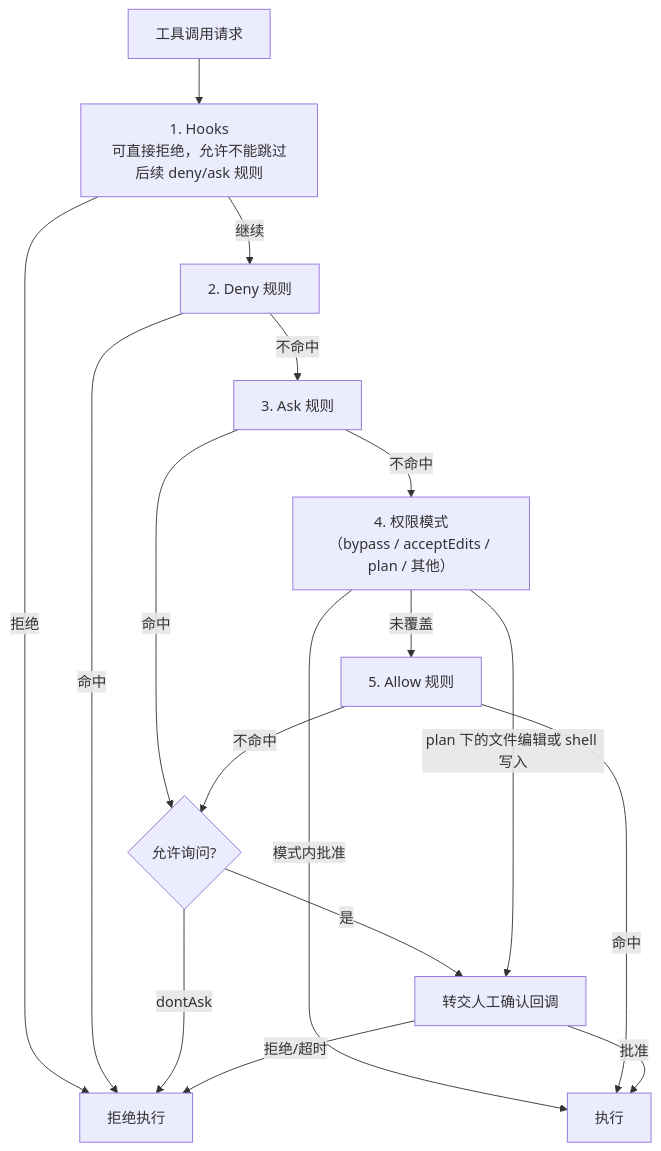
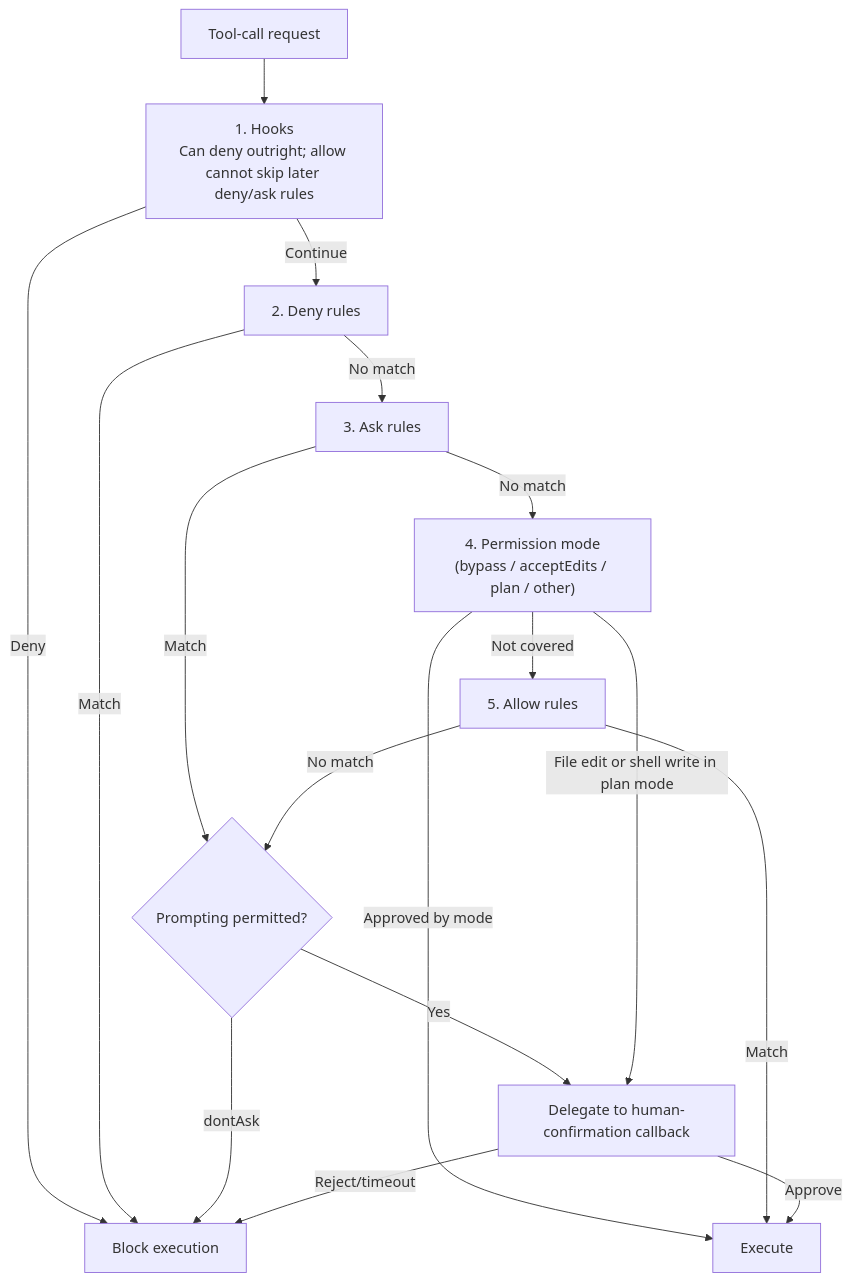
One commit to oneleaveknowsthefall/awesome-ai-roadmap changed the diagram in docs/agent/02-runtime-harness/20-permissions-sandbox-isolation.md. Above: the diagram before and after it, drawn with Mermaid. The commit also changed other lines of this file and 68 other files, not shown here.

````diff
--- a/docs/agent/02-runtime-harness/20-permissions-sandbox-isolation.md
+++ b/docs/agent/02-runtime-harness/20-permissions-sandbox-isolation.md
@@ -15,19 +15,19 @@
 ```mermaid
 flowchart TB
-    REQ["工具调用请求"] --> HOOK["1. Hooks<br/>可直接拒绝，允许不能跳过后续 deny/ask 规则"]
-    HOOK -->|拒绝| BLOCK["拒绝执行"]
-    HOOK -->|继续| DENY["2. Deny 规则"]
-    DENY -->|命中| BLOCK["拒绝执行"]
-    DENY -->|不命中| ASK["3. Ask 规则"]
-    ASK -->|命中| PROMPT{"允许询问?"}
-    PROMPT -->|是| CALLBACK["转交人工确认回调"]
+    REQ["Tool-call request"] --> HOOK["1. Hooks<br/>Can deny outright; allow cannot skip later deny/ask rules"]
+    HOOK -->|Deny| BLOCK["Block execution"]
+    HOOK -->|Continue| DENY["2. Deny rules"]
+    DENY -->|Match| BLOCK["Block execution"]
+    DENY -->|No match| ASK["3. Ask rules"]
+    ASK -->|Match| PROMPT{"Prompting permitted?"}
+    PROMPT -->|Yes| CALLBACK["Delegate to human-confirmation callback"]
     PROMPT -->|dontAsk| BLOCK
-    ASK -->|不命中| MODE["4. 权限模式<br/>（bypass / acceptEdits / plan / 其他）"]
-    MODE -->|模式内批准| ALLOW["执行"]
-    MODE -->|plan 下的文件编辑或 shell 写入| CALLBACK
-    MODE -->|未覆盖| ALLOWRULE["5. Allow 规则"]
-    ALLOWRULE -->|命中| ALLOW
-    ALLOWRULE -->|不命中| PROMPT
-    CALLBACK -->|批准| ALLOW
-    CALLBACK -->|拒绝/超时| BLOCK
+    ASK -->|No match| MODE["4. Permission mode<br/>(bypass / acceptEdits / plan / other)"]
+    MODE -->|Approved by mode| ALLOW["Execute"]
+    MODE -->|File edit or shell write in plan mode| CALLBACK
+    MODE -->|Not covered| ALLOWRULE["5. Allow rules"]
+    ALLOWRULE -->|Match| ALLOW
+    ALLOWRULE -->|No match| PROMPT
+    CALLBACK -->|Approve| ALLOW
+    CALLBACK -->|Reject/timeout| BLOCK
 ```
````
